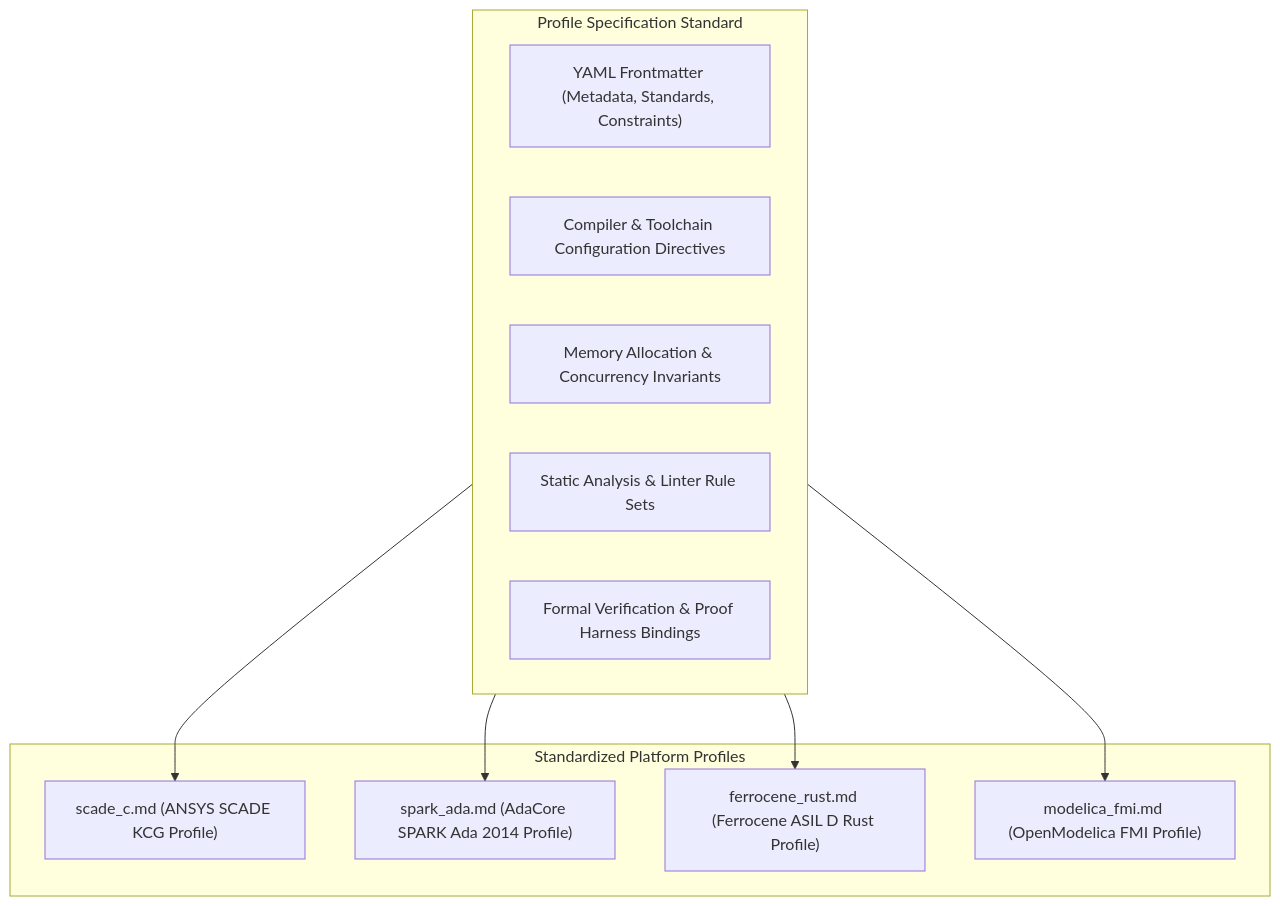
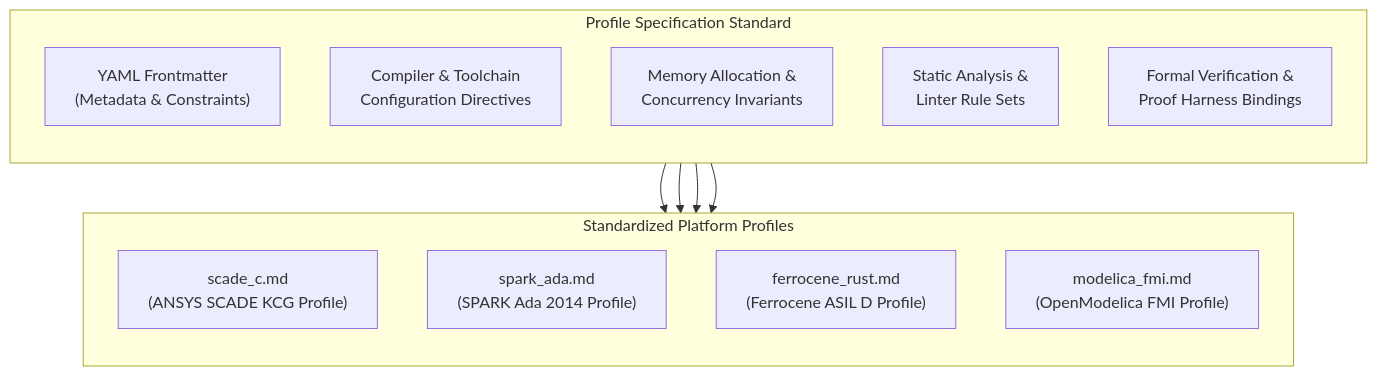
One commit to gintatkinson/DEAP01-spec-core changed the tenth of 10 diagrams in docs/architecture/blueprints/DEAP_MULTI_TOOLCHAIN_SYNTHESIS_ARCHITECTURE.md. Above: the diagram before and after it, drawn with Mermaid. The commit also changed other lines of this file and 28 other files, not shown here.

````diff
--- a/docs/architecture/blueprints/DEAP_MULTI_TOOLCHAIN_SYNTHESIS_ARCHITECTURE.md
+++ b/docs/architecture/blueprints/DEAP_MULTI_TOOLCHAIN_SYNTHESIS_ARCHITECTURE.md
@@ -839,22 +871,24 @@
 ```mermaid
 flowchart TD
     subgraph Profile_Standard ["Profile Specification Standard"]
-        YAML_Header["YAML Frontmatter (Metadata, Standards, Constraints)"]
-        Comp_Config["Compiler & Toolchain Configuration Directives"]
-        Mem_Rules["Memory Allocation & Concurrency Invariants"]
-        Static_Rules["Static Analysis & Linter Rule Sets"]
-        Proof_Hooks["Formal Verification & Proof Harness Bindings"]
+        direction TB
+        YAML_Header["YAML Frontmatter<br/>(Metadata & Constraints)"]
+        Comp_Config["Compiler & Toolchain<br/>Configuration Directives"]
+        Mem_Rules["Memory Allocation &<br/>Concurrency Invariants"]
+        Static_Rules["Static Analysis &<br/>Linter Rule Sets"]
+        Proof_Hooks["Formal Verification &<br/>Proof Harness Bindings"]
     end
 
     subgraph Concrete_Profiles ["Standardized Platform Profiles"]
-        P_SCADE["scade_c.md (ANSYS SCADE KCG Profile)"]
-        P_SPARK["spark_ada.md (AdaCore SPARK Ada 2014 Profile)"]
-        P_FERROCENE["ferrocene_rust.md (Ferrocene ASIL D Rust Profile)"]
-        P_FMI["modelica_fmi.md (OpenModelica FMI Profile)"]
+        direction TB
+        P_SCADE["scade_c.md<br/>(ANSYS SCADE KCG Profile)"]
+        P_SPARK["spark_ada.md<br/>(SPARK Ada 2014 Profile)"]
+        P_FERROCENE["ferrocene_rust.md<br/>(Ferrocene ASIL D Profile)"]
+        P_FMI["modelica_fmi.md<br/>(OpenModelica FMI Profile)"]
     end
 
     Profile_Standard --> P_SCADE
     Profile_Standard --> P_SPARK
     Profile_Standard --> P_FERROCENE
     Profile_Standard --> P_FMI
 ```
````
